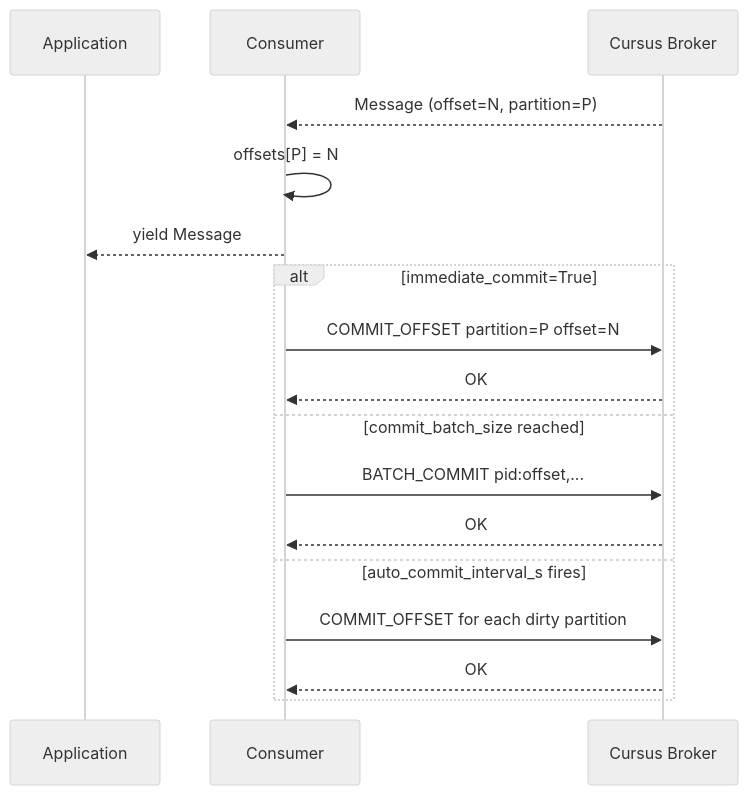
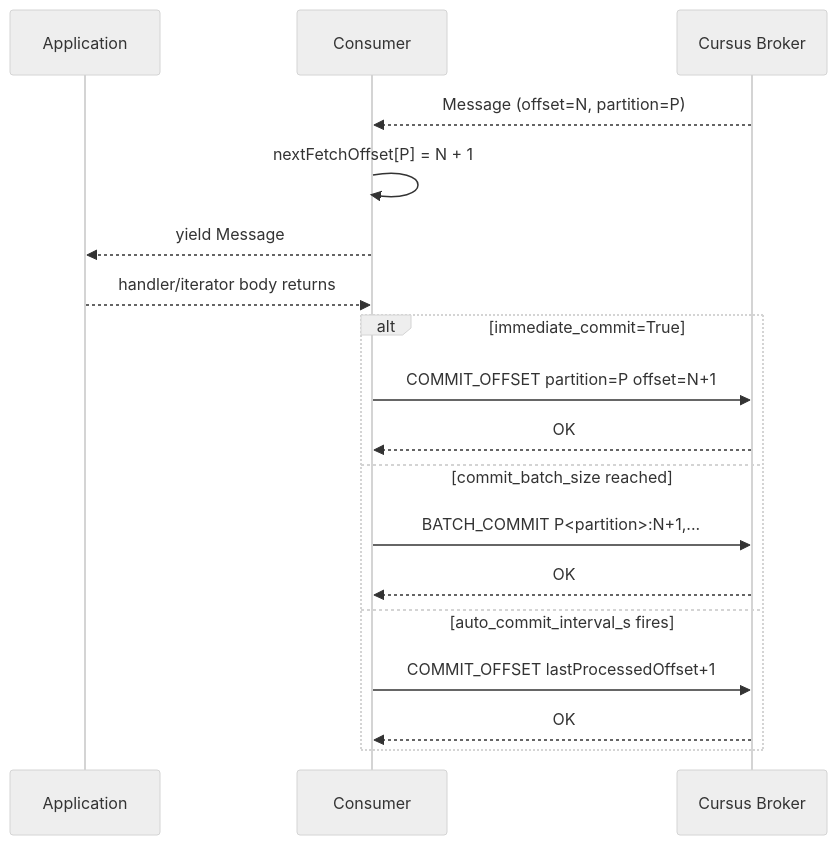
The third of 3 diagrams in docs/consumer-guide.md (cursus-io/cursus-python), drawn with Mermaid (neutral theme) before and after one commit. The commit also changed other lines of this file and 22 other files, not shown here.

Commit message:
fix: support broker-managed offset resets (#9)

````diff
--- a/docs/consumer-guide.md
+++ b/docs/consumer-guide.md
@@ -98,21 +102,22 @@
 ```mermaid
 sequenceDiagram
     participant App as Application
     participant C as Consumer
     participant Broker as Cursus Broker
 
     Broker-->>C: Message (offset=N, partition=P)
-    C->>C: offsets[P] = N
+    C->>C: nextFetchOffset[P] = N + 1
     C-->>App: yield Message
+    App-->>C: handler/iterator body returns
 
     alt immediate_commit=True
-        C->>Broker: COMMIT_OFFSET partition=P offset=N
+        C->>Broker: COMMIT_OFFSET partition=P offset=N+1
         Broker-->>C: OK
     else commit_batch_size reached
-        C->>Broker: BATCH_COMMIT pid:offset,...
+        C->>Broker: BATCH_COMMIT P<partition>:N+1,...
         Broker-->>C: OK
     else auto_commit_interval_s fires
-        C->>Broker: COMMIT_OFFSET for each dirty partition
+        C->>Broker: COMMIT_OFFSET lastProcessedOffset+1
         Broker-->>C: OK
     end
 ```
````
